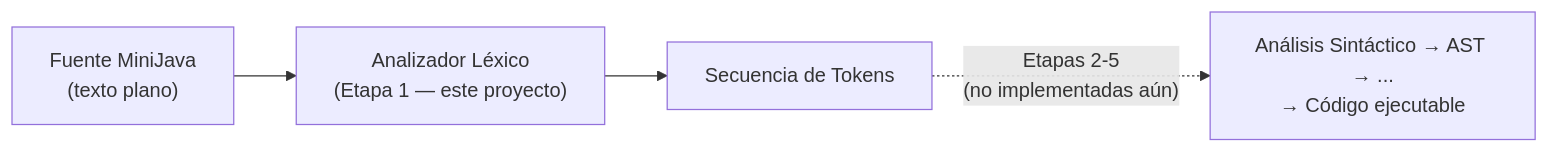
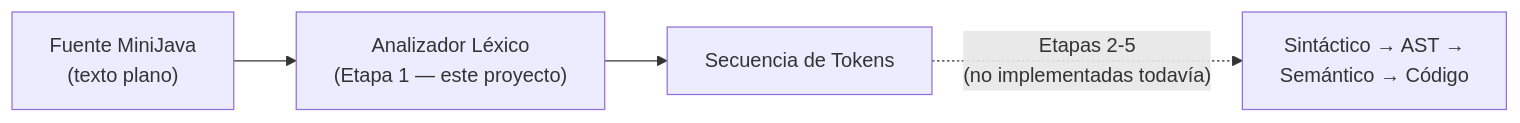
One commit to agustinpaul0/Proyecto-CEI changed the first of 4 diagrams in documentacion/arquitectura.md. Above: the diagram before and after it, drawn with Mermaid. The commit also changed other lines of this file and 31 other files, not shown here.

````diff
--- a/documentacion/arquitectura.md
+++ b/documentacion/arquitectura.md
@@ -15,6 +19,6 @@
 ```mermaid
 flowchart LR
-    A["Fuente MiniJava\n(texto plano)"] --> B["Analizador Léxico\n(Etapa 1 — este proyecto)"]
+    A["Fuente MiniJava<br/>(texto plano)"] --> B["Analizador Léxico<br/>(Etapa 1 — este proyecto)"]
     B --> C["Secuencia de Tokens"]
-    C -.->|"Etapas 2-5\n(no implementadas aún)"| D["Análisis Sintáctico → AST → ...\n→ Código ejecutable"]
+    C -.->|"Etapas 2-5<br/>(no implementadas todavía)"| D["Sintáctico → AST →<br/>Semántico → Código"]
 ```
````
